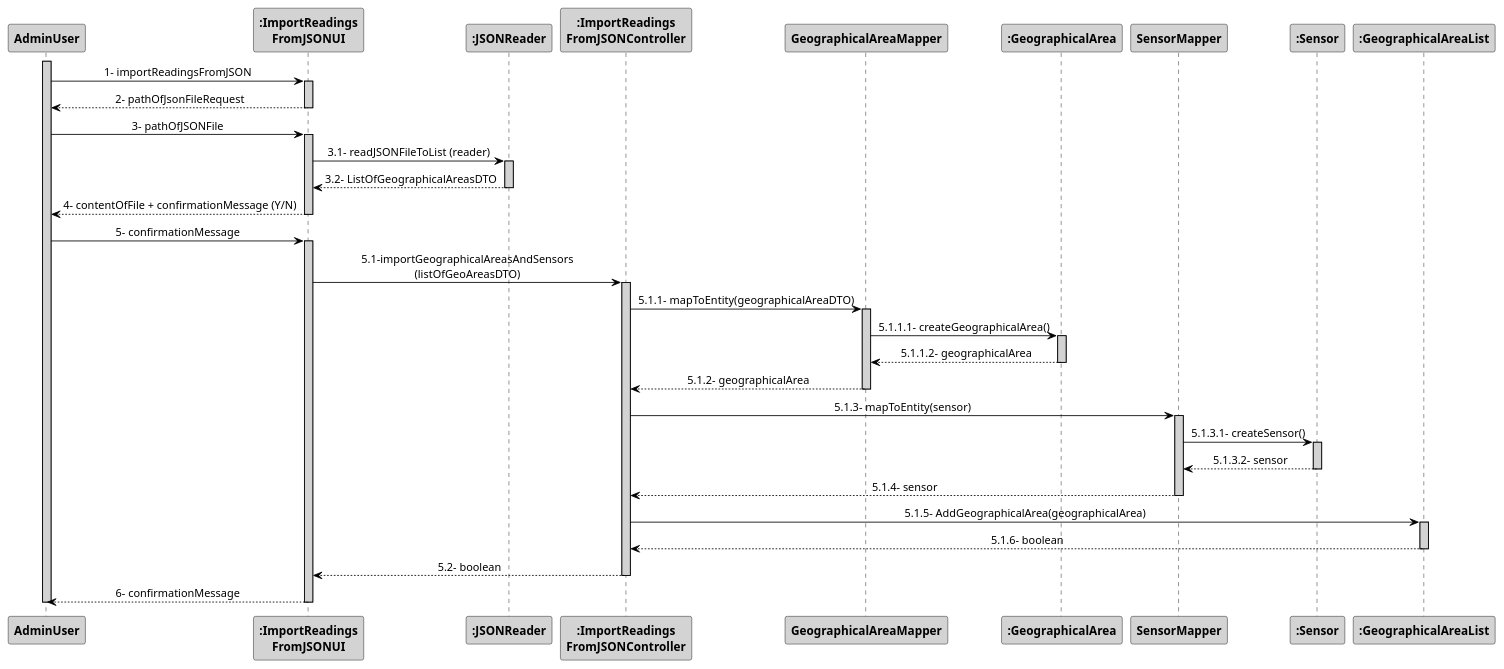
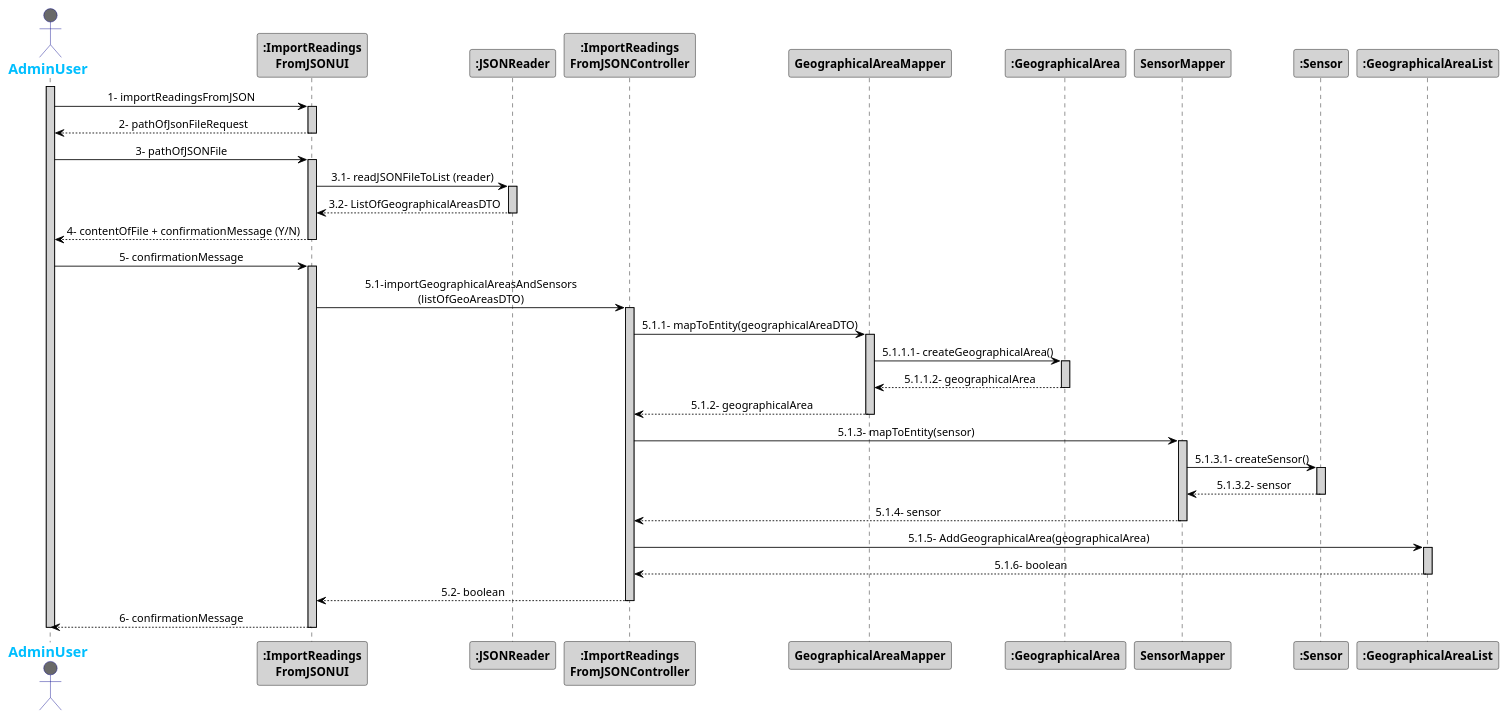
One commit to 1181687/hateoasToy changed the diagram in src/main/java/pt/ipp/isep/dei/project/controllers/importReadingsFromJSONController/SD_ImportReadingsFromJSON.puml. Above: the diagram before and after it, drawn with PlantUML. The commit also changed 7 other files, not shown here.

Commit message:
Changes to Class Diagrams (presentation ready format)

```diff
--- a/src/main/java/pt/ipp/isep/dei/project/controllers/importReadingsFromJSONController/SD_ImportReadingsFromJSON.puml
+++ b/src/main/java/pt/ipp/isep/dei/project/controllers/importReadingsFromJSONController/SD_ImportReadingsFromJSON.puml
@@ -1,64 +1,65 @@
 @startuml
 skinparam sequenceMessageAlign center
 skinparam sequence {
 	ArrowColor Black
 	ActorBorderColor DarkBlue
 	LifeLineBorderColor black
 	LifeLineBackgroundColor LightGrey
 
 	ParticipantBorderColor Black
 	ParticipantBackgroundColor LightGrey
 	ParticipantFontStyle Bold
 
 	ActorBackgroundColor DimGrey
 	ActorFontColor DeepSkyBlue
 	ActorFontStyle Bold
 	ActorFontSize 17
 	ActorFontName Aapex
 }
+actor AdminUser
 activate AdminUser
 actor AdminUser
 
 AdminUser -> ":ImportReadings\nFromJSONUI": 1- importReadingsFromJSON
 activate ":ImportReadings\nFromJSONUI"
 AdminUser <-- ":ImportReadings\nFromJSONUI": 2- pathOfJsonFileRequest
 deactivate ":ImportReadings\nFromJSONUI"
 AdminUser -> ":ImportReadings\nFromJSONUI": 3- pathOfJSONFile
 activate ":ImportReadings\nFromJSONUI"
 ":ImportReadings\nFromJSONUI" -> ":JSONReader" : 3.1- readJSONFileToList (reader)
 activate ":JSONReader"
 ":ImportReadings\nFromJSONUI" <-- ":JSONReader" : 3.2- ListOfGeographicalAreasDTO
 deactivate ":JSONReader"
 AdminUser <-- ":ImportReadings\nFromJSONUI": 4- contentOfFile + confirmationMessage (Y/N)
 deactivate ":ImportReadings\nFromJSONUI"
 AdminUser -> ":ImportReadings\nFromJSONUI": 5- confirmationMessage
 activate ":ImportReadings\nFromJSONUI"
 ":ImportReadings\nFromJSONUI" -> ":ImportReadings\nFromJSONController": 5.1-importGeographicalAreasAndSensors\n(listOfGeoAreasDTO)
 activate ":ImportReadings\nFromJSONController"
 ":ImportReadings\nFromJSONController" -> "GeographicalAreaMapper" : 5.1.1- mapToEntity(geographicalAreaDTO)
 activate "GeographicalAreaMapper"
 "GeographicalAreaMapper" -> ":GeographicalArea" : 5.1.1.1- createGeographicalArea()
 activate ":GeographicalArea"
 "GeographicalAreaMapper" <-- ":GeographicalArea" : 5.1.1.2- geographicalArea
 deactivate ":GeographicalArea"
 ":ImportReadings\nFromJSONController" <-- "GeographicalAreaMapper" : 5.1.2- geographicalArea
 deactivate "GeographicalAreaMapper"
 ":ImportReadings\nFromJSONController" -> "SensorMapper" : 5.1.3- mapToEntity(sensor)
 activate "SensorMapper"
 "SensorMapper" -> ":Sensor" : 5.1.3.1- createSensor()
 activate ":Sensor"
 "SensorMapper" <-- ":Sensor" : 5.1.3.2- sensor
 deactivate ":Sensor"
 ":ImportReadings\nFromJSONController" <-- "SensorMapper" : 5.1.4- sensor
  deactivate "SensorMapper"
 ":ImportReadings\nFromJSONController"  -> ":GeographicalAreaList" : 5.1.5- AddGeographicalArea(geographicalArea)
 activate ":GeographicalAreaList"
 ":ImportReadings\nFromJSONController" <-- ":GeographicalAreaList" : 5.1.6- boolean
 deactivate ":GeographicalAreaList"
 ":ImportReadings\nFromJSONUI" <-- ":ImportReadings\nFromJSONController": 5.2- boolean
 deactivate ":ImportReadings\nFromJSONController"
 AdminUser <-- ":ImportReadings\nFromJSONUI": 6- confirmationMessage
 deactivate ":ImportReadings\nFromJSONUI"
 deactivate AdminUser
 
 @enduml
```
